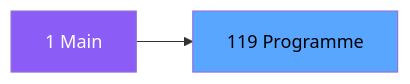
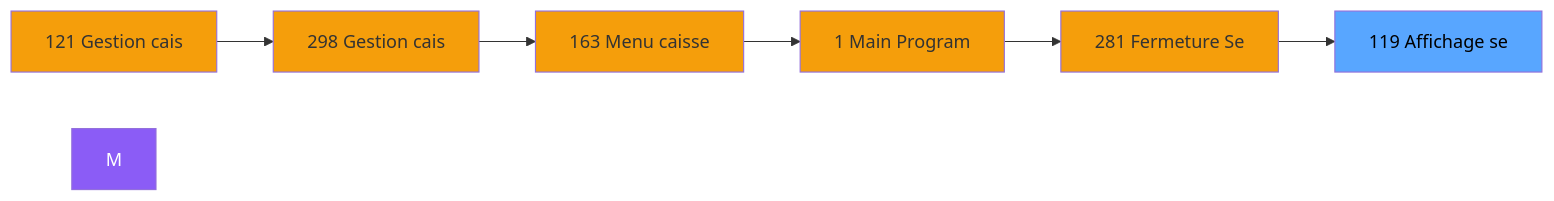
One commit to thonyAGP/magic-migration changed the second of 3 diagrams in .openspec/specs/ADH-IDE-119.md. Above: the diagram before and after it, drawn with Mermaid. The commit also changed other lines of this file and 323 other files, not shown here.

````diff
--- a/.openspec/specs/ADH-IDE-119.md
+++ b/.openspec/specs/ADH-IDE-119.md
@@ -102,8 +117,21 @@
 ```mermaid
 graph LR
-    M[1 Main]
-    T[119 Programme]
-    M --> T
+    N121[121 Gestion cais]
+    N298[298 Gestion cais]
+    N163[163 Menu caisse ]
+    N1[1 Main Program]
+    N281[281 Fermeture Se]
+    T[119 Affichage se]
+    N121 --> N298
+    N298 --> N163
+    N163 --> N1
+    N1 --> N281
+    N281 --> T
     style M fill:#8b5cf6,color:#fff
+    style N121 fill:#f59e0b
+    style N298 fill:#f59e0b
+    style N163 fill:#f59e0b
+    style N1 fill:#f59e0b
+    style N281 fill:#f59e0b
     style T fill:#58a6ff,color:#000
 ```
````
